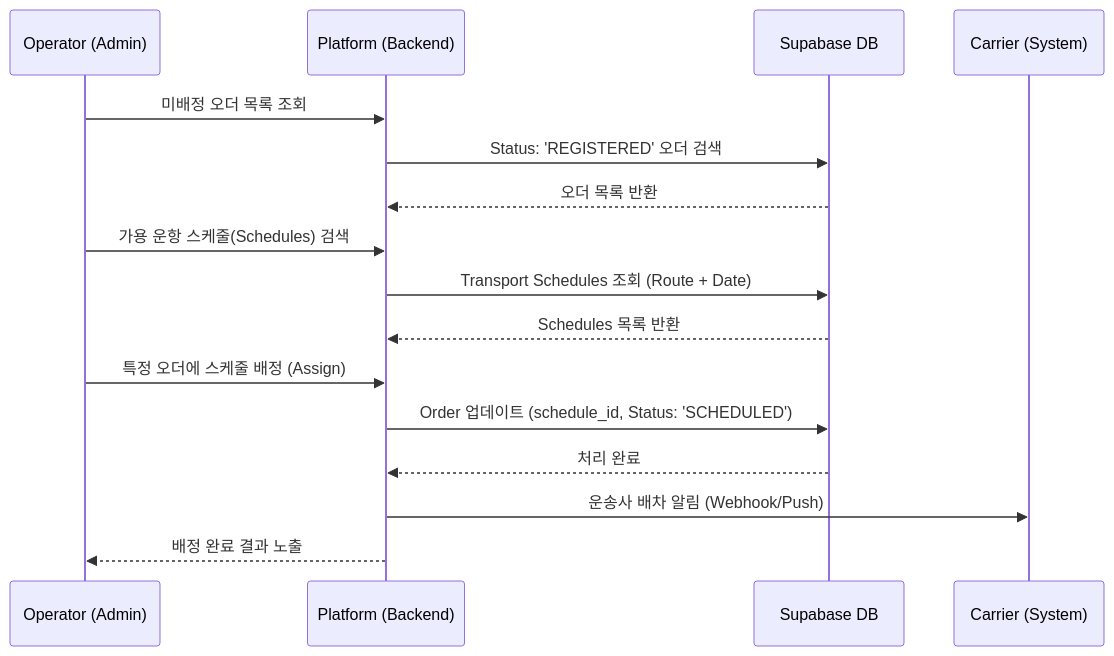
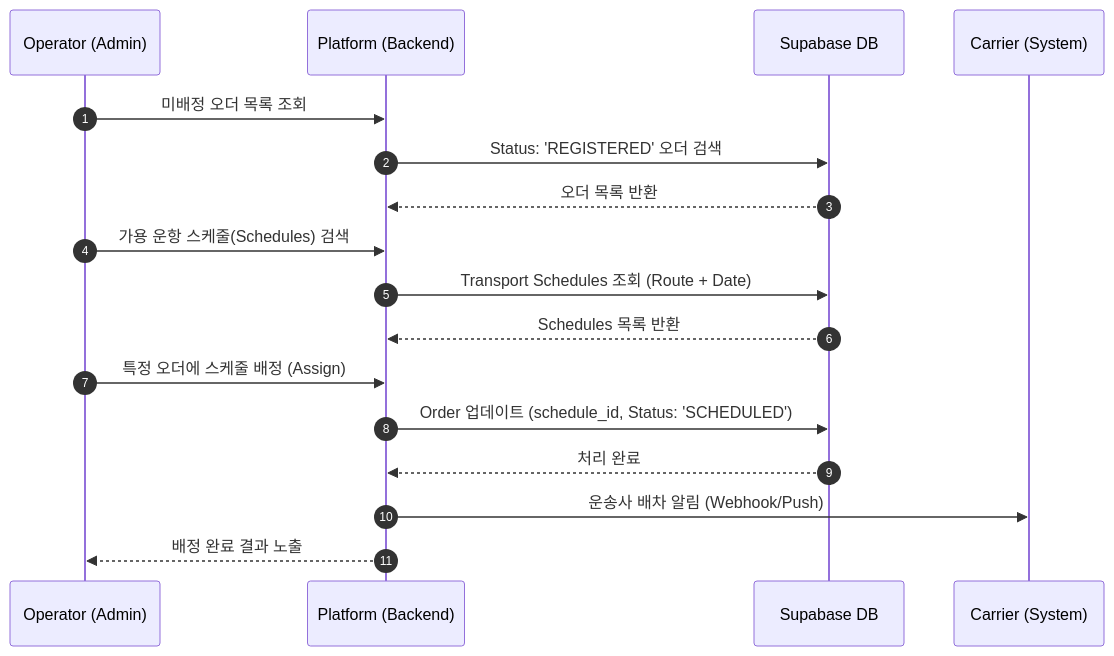
One commit to EdwardKwon89/ZENITH.KR.LMS changed the second of 3 diagrams in docs/03_Design/Ds_06_시퀀스_다이어그램.md. Above: the diagram before and after it, drawn with Mermaid. The commit also changed other lines of this file and 55 other files, not shown here.

````diff
--- a/docs/03_Design/Ds_06_시퀀스_다이어그램.md
+++ b/docs/03_Design/Ds_06_시퀀스_다이어그램.md
@@ -35,19 +50,20 @@
 ```mermaid
 sequenceDiagram
+    autonumber
     participant O as Operator (Admin)
     participant P as Platform (Backend)
     participant DB as Supabase DB
     participant C as Carrier (System)
 
     O->>P: 미배정 오더 목록 조회
     P->>DB: Status: 'REGISTERED' 오더 검색
     DB-->>P: 오더 목록 반환
     O->>P: 가용 운항 스케줄(Schedules) 검색
     P->>DB: Transport Schedules 조회 (Route + Date)
     DB-->>P: Schedules 목록 반환
     O->>P: 특정 오더에 스케줄 배정 (Assign)
     P->>DB: Order 업데이트 (schedule_id, Status: 'SCHEDULED')
     DB-->>P: 처리 완료
     P->>C: 운송사 배차 알림 (Webhook/Push)
     P-->>O: 배정 완료 결과 노출
 ```
````
